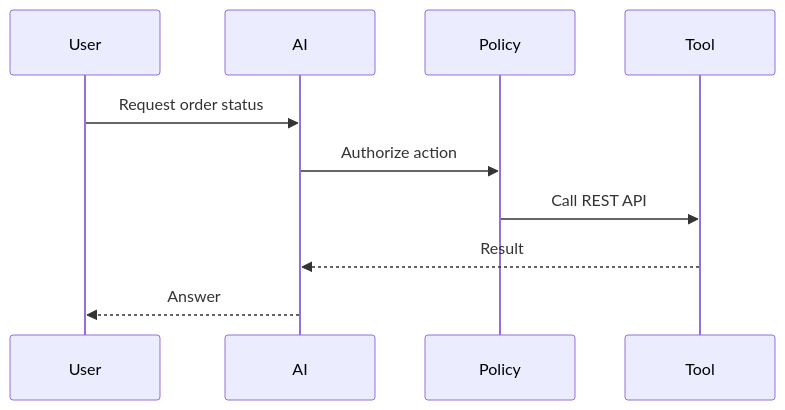
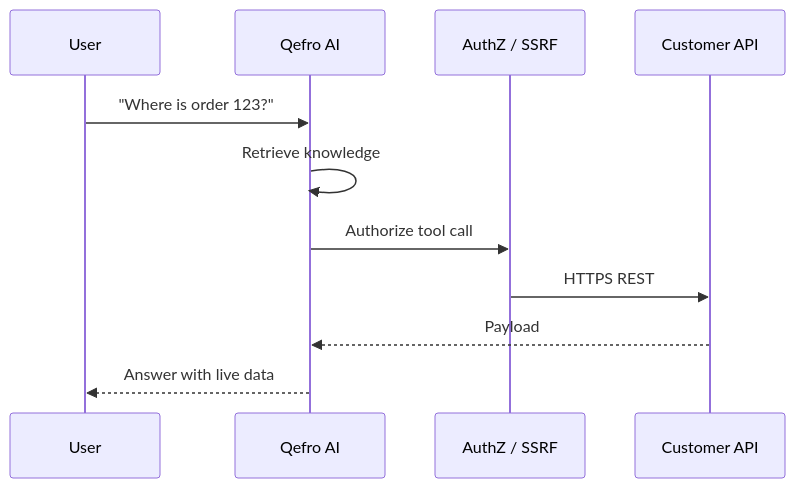
Before and after one commit to qefro-ai/qefro-documentation: the diagram in docs/platform/business-actions.mdx, drawn with Mermaid. The commit also changed other lines of this file and 46 other files, not shown here.

````diff
--- a/docs/platform/business-actions.mdx
+++ b/docs/platform/business-actions.mdx
@@ -37,12 +42,13 @@
 ```mermaid
 sequenceDiagram
   participant User
-  participant AI
-  participant Policy
-  participant Tool
-  User->>AI: Request order status
-  AI->>Policy: Authorize action
-  Policy->>Tool: Call REST API
-  Tool-->>AI: Result
-  AI-->>User: Answer
+  participant AI as Qefro AI
+  participant Policy as AuthZ / SSRF
+  participant Tool as Customer API
+  User->>AI: "Where is order 123?"
+  AI->>AI: Retrieve knowledge
+  AI->>Policy: Authorize tool call
+  Policy->>Tool: HTTPS REST
+  Tool-->>AI: Payload
+  AI-->>User: Answer with live data
 ```
````
